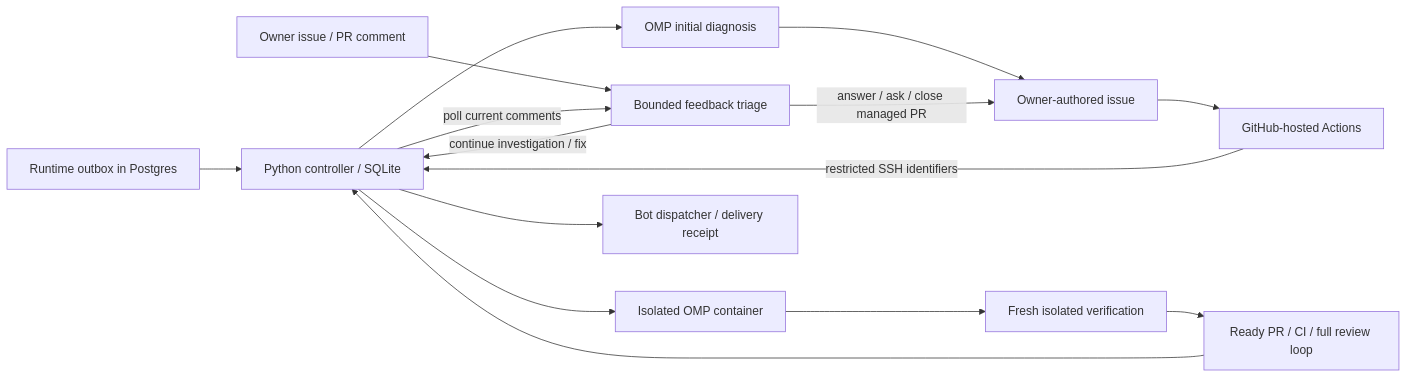
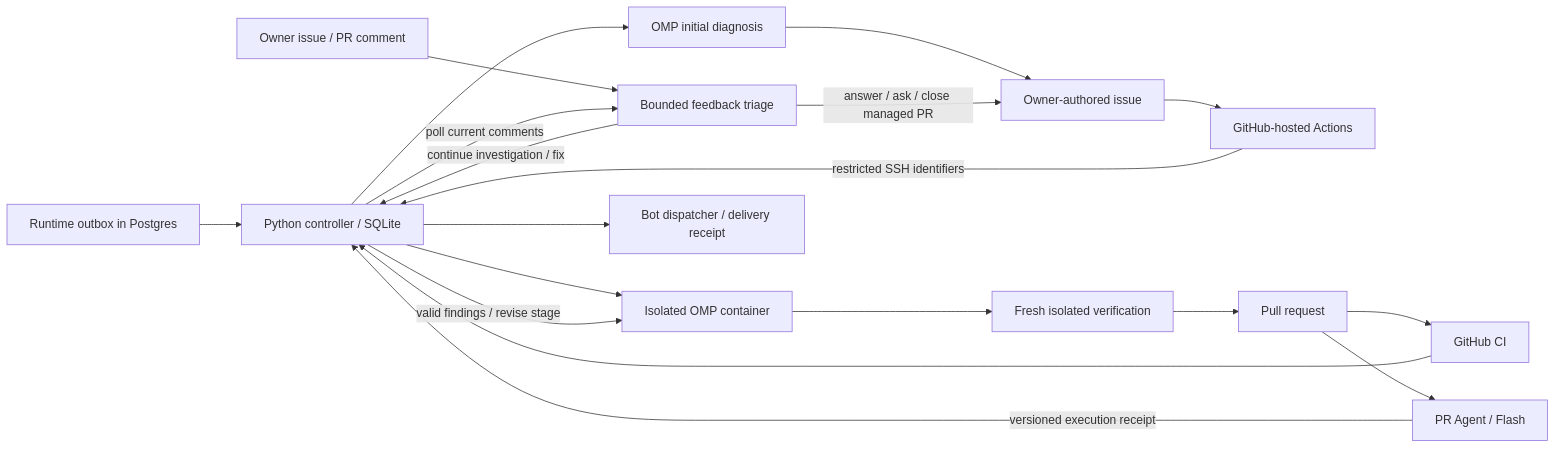
One commit to iamwavecut/openplotva changed the diagram in deploy/maintenance/README.md. Above: the diagram before and after it, drawn with Mermaid. The commit also changed other lines of this file and 27 other files, not shown here.

````diff
--- a/deploy/maintenance/README.md
+++ b/deploy/maintenance/README.md
@@ -14,17 +14,21 @@
 ```mermaid
 flowchart LR
   Runtime[Runtime outbox in Postgres] --> Controller[Python controller / SQLite]
   Controller --> Diagnosis[OMP initial diagnosis]
   Diagnosis --> GitHub[Owner-authored issue]
   GitHub --> Actions[GitHub-hosted Actions]
   Actions -->|restricted SSH identifiers| Controller
   Controller --> Worker[Isolated OMP container]
   Worker --> Checks[Fresh isolated verification]
-  Checks --> PR[Ready PR / CI / full review loop]
-  PR --> Controller
+  Checks --> PR[Pull request]
+  PR --> CI[GitHub CI]
+  PR --> Review[PR Agent / Flash]
+  CI --> Controller
+  Review -->|versioned execution receipt| Controller
+  Controller -->|valid findings / revise stage| Worker
   Owner[Owner issue / PR comment] --> Conversation[Bounded feedback triage]
   Controller -->|poll current comments| Conversation
   Conversation -->|continue investigation / fix| Controller
   Conversation -->|answer / ask / close managed PR| GitHub
   Controller --> Dispatcher[Bot dispatcher / delivery receipt]
 ```
````
